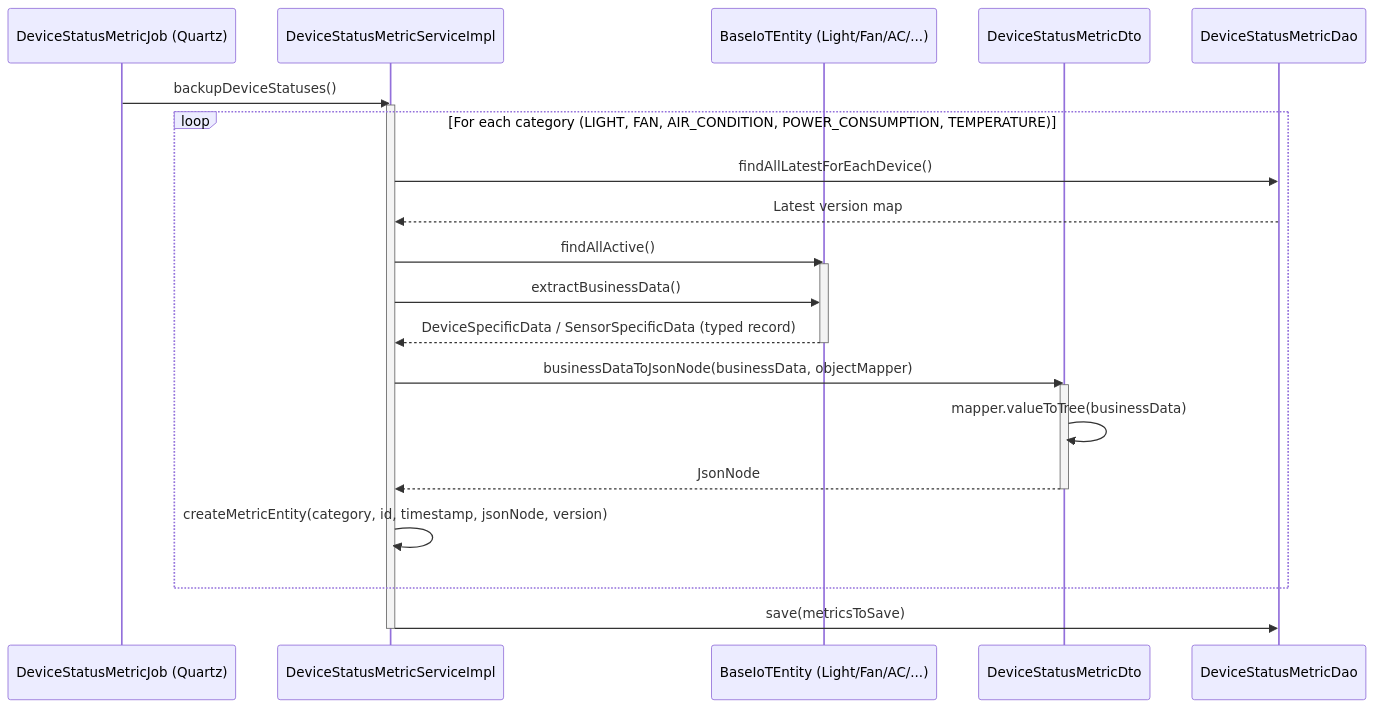
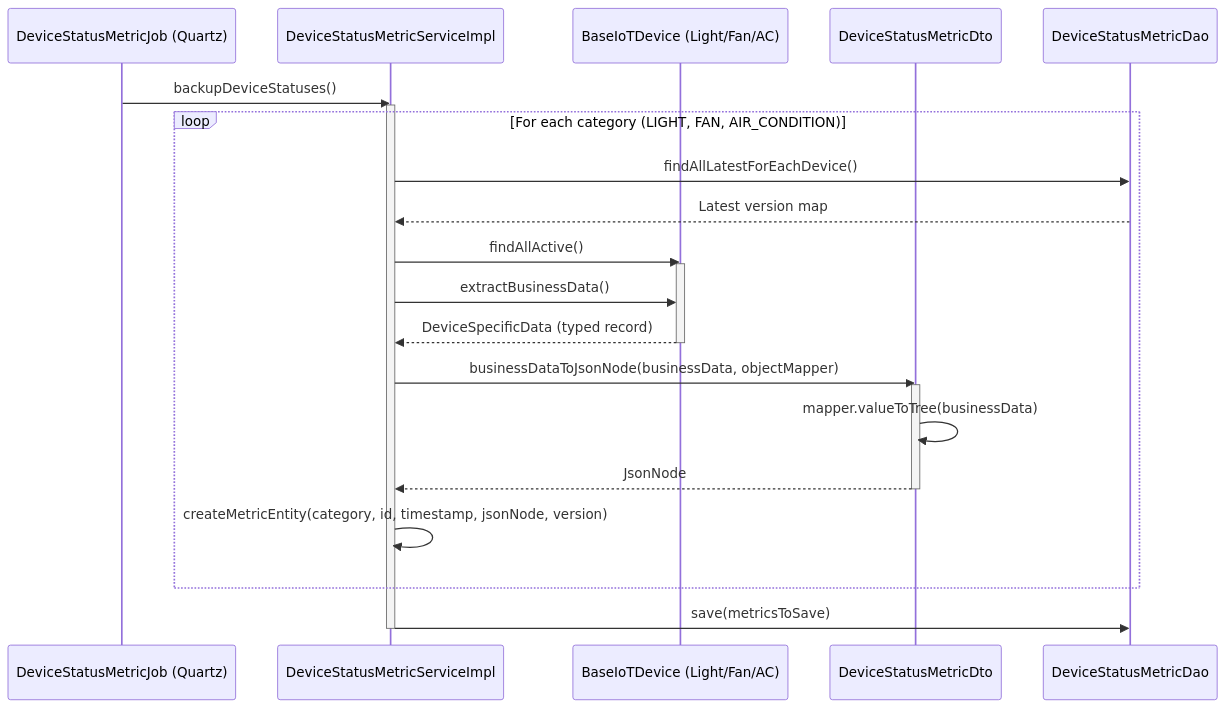
Before and after one commit to MaiTheHao/smart-room-iot-server: the tenth of 11 diagrams in SYSTEM.md, drawn with Mermaid. The commit also changed other lines of this file and 4 other files, not shown here.

````diff
--- a/SYSTEM.md
+++ b/SYSTEM.md
@@ -493,33 +502,33 @@
 ```mermaid
 sequenceDiagram
     participant Job as DeviceStatusMetricJob (Quartz)
     participant Svc as DeviceStatusMetricServiceImpl
-    participant Entity as BaseIoTEntity (Light/Fan/AC/...)
+    participant Entity as BaseIoTDevice (Light/Fan/AC)
     participant DTO as DeviceStatusMetricDto
     participant Dao as DeviceStatusMetricDao
 
     Job->>Svc: backupDeviceStatuses()
     activate Svc
 
-    loop For each category (LIGHT, FAN, AIR_CONDITION, POWER_CONSUMPTION, TEMPERATURE)
+    loop For each category (LIGHT, FAN, AIR_CONDITION)
         Svc->>Dao: findAllLatestForEachDevice()
         Dao-->>Svc: Latest version map
 
         Svc->>Entity: findAllActive()
         activate Entity
         Svc->>Entity: extractBusinessData()
-        Entity-->>Svc: DeviceSpecificData / SensorSpecificData (typed record)
+        Entity-->>Svc: DeviceSpecificData (typed record)
         deactivate Entity
 
         Svc->>DTO: businessDataToJsonNode(businessData, objectMapper)
         activate DTO
         DTO->>DTO: mapper.valueToTree(businessData)
         DTO-->>Svc: JsonNode
         deactivate DTO
 
         Svc->>Svc: createMetricEntity(category, id, timestamp, jsonNode, version)
     end
 
     Svc->>Dao: save(metricsToSave)
     deactivate Svc
 ```
````
